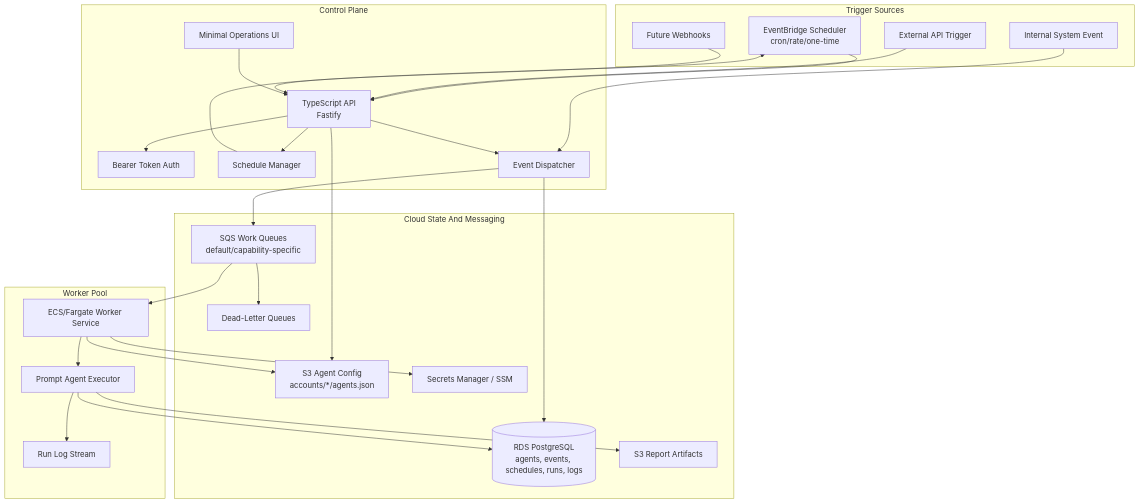
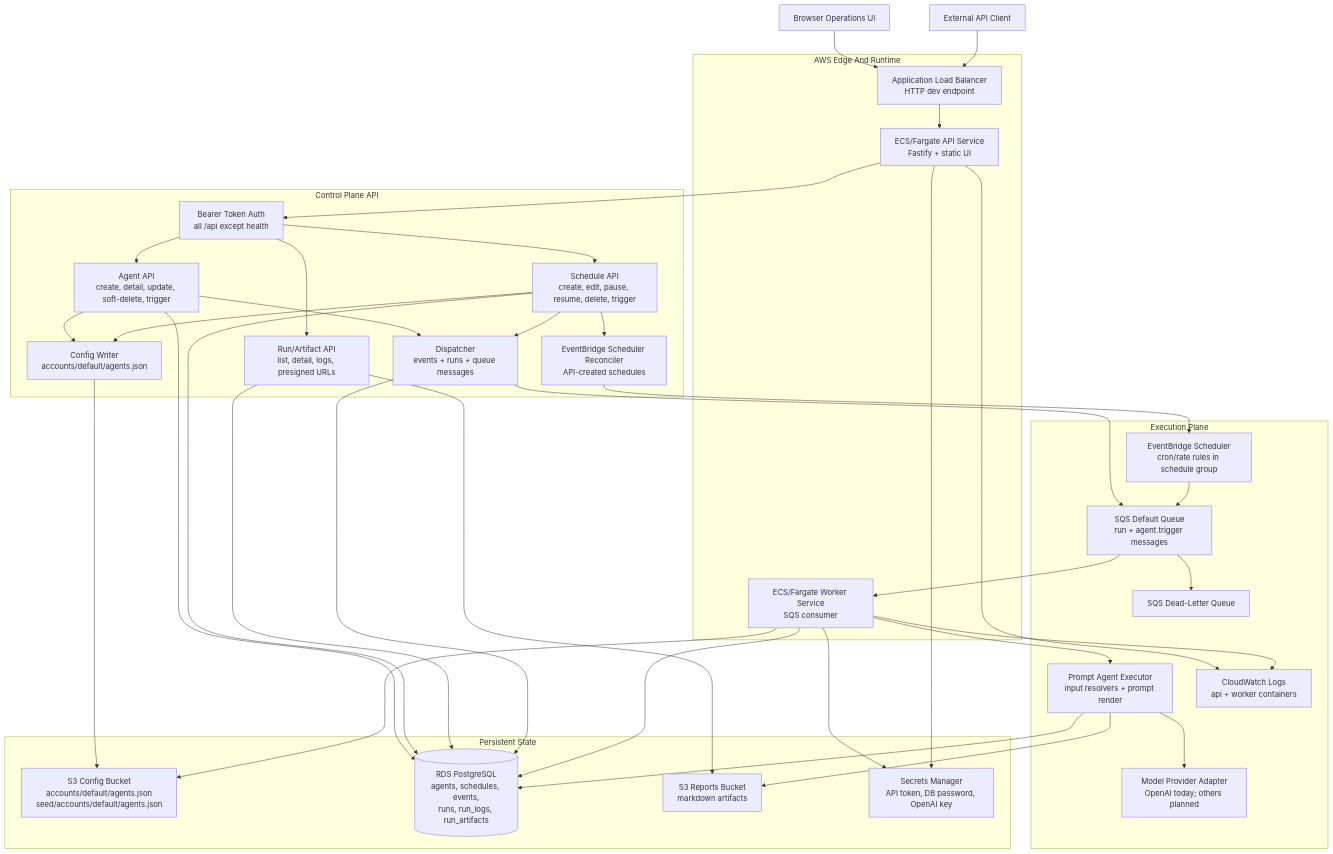
Before and after one commit to NTitterton/event-agent: the first of 2 diagrams in project_design.md, drawn with Mermaid.

Commit message:
Clarify system design diagram

````diff
--- a/project_design.md
+++ b/project_design.md
@@ -7,53 +7,74 @@
 ```mermaid
 graph TD
-    subgraph "Trigger Sources"
-        Cron["EventBridge Scheduler<br/>cron/rate/one-time"]
-        APIClient["External API Trigger"]
-        Internal["Internal System Event"]
-        Webhook["Future Webhooks"]
+    Browser["Browser Operations UI"]
+    ExternalClient["External API Client"]
+
+    subgraph "AWS Edge And Runtime"
+        ALB["Application Load Balancer<br/>HTTP dev endpoint"]
+        ApiSvc["ECS/Fargate API Service<br/>Fastify + static UI"]
+        WorkerSvc["ECS/Fargate Worker Service<br/>SQS consumer"]
     end
 
-    subgraph "Control Plane"
-        API["TypeScript API<br/>Fastify"]
-        Auth["Bearer Token Auth"]
-        Scheduler["Schedule Manager"]
-        Dispatcher["Event Dispatcher"]
-        UI["Minimal Operations UI"]
+    subgraph "Control Plane API"
+        Auth["Bearer Token Auth<br/>all /api except health"]
+        AgentApi["Agent API<br/>create, detail, update, soft-delete, trigger"]
+        ScheduleApi["Schedule API<br/>create, edit, pause, resume, delete, trigger"]
+        RunApi["Run/Artifact API<br/>list, detail, logs, presigned URLs"]
+        ConfigWriter["Config Writer<br/>accounts/default/agents.json"]
+        SchedulerReconciler["EventBridge Scheduler Reconciler<br/>API-created schedules"]
+        Dispatcher["Dispatcher<br/>events + runs + queue messages"]
     end
 
-    subgraph "Cloud State And Messaging"
-        DB[("RDS PostgreSQL<br/>agents, events, schedules, runs, logs")]
-        SQS["SQS Work Queues<br/>default/capability-specific"]
-        DLQ["Dead-Letter Queues"]
-        S3["S3 Report Artifacts"]
-        ConfigS3["S3 Agent Config<br/>accounts/*/agents.json"]
-        Secrets["Secrets Manager / SSM"]
+    subgraph "Persistent State"
+        ConfigS3["S3 Config Bucket<br/>accounts/default/agents.json<br/>seed/accounts/default/agents.json"]
+        DB[("RDS PostgreSQL<br/>agents, schedules, events,<br/>runs, run_logs, run_artifacts")]
+        ReportS3["S3 Reports Bucket<br/>markdown artifacts"]
+        Secrets["Secrets Manager<br/>API token, DB password, OpenAI key"]
     end
 
-    subgraph "Worker Pool"
-        Fargate["ECS/Fargate Worker Service"]
-    Executor["Prompt Agent Executor"]
-        Logs["Run Log Stream"]
+    subgraph "Execution Plane"
+        EventBridge["EventBridge Scheduler<br/>cron/rate rules in schedule group"]
+        SQS["SQS Default Queue<br/>run + agent.trigger messages"]
+        DLQ["SQS Dead-Letter Queue"]
+        Executor["Prompt Agent Executor<br/>input resolvers + prompt render"]
+        Provider["Model Provider Adapter<br/>OpenAI today; others planned"]
+        CloudWatch["CloudWatch Logs<br/>api + worker containers"]
     end
 
-    Cron --> API
-    APIClient --> API
-    Internal --> Dispatcher
-    Webhook --> API
-    UI --> API
-    API --> Auth
-    API --> Scheduler
-    API --> Dispatcher
-    Scheduler --> Cron
+    Browser --> ALB
+    ExternalClient --> ALB
+    ALB --> ApiSvc
+    ApiSvc --> Auth
+    Auth --> AgentApi
+    Auth --> ScheduleApi
+    Auth --> RunApi
+
+    AgentApi --> DB
+    AgentApi --> ConfigWriter
+    AgentApi --> Dispatcher
+    ScheduleApi --> DB
+    ScheduleApi --> ConfigWriter
+    ScheduleApi --> SchedulerReconciler
+    ScheduleApi --> Dispatcher
+    RunApi --> DB
+    RunApi --> ReportS3
+
+    ConfigWriter --> ConfigS3
+    SchedulerReconciler --> EventBridge
     Dispatcher --> DB
     Dispatcher --> SQS
-    SQS --> Fargate
+
+    EventBridge --> SQS
+    SQS --> WorkerSvc
     SQS --> DLQ
-    Fargate --> Executor
-    Fargate --> ConfigS3
-    API --> ConfigS3
-    Executor --> Logs
+    WorkerSvc --> Executor
+    WorkerSvc --> DB
+    WorkerSvc --> ConfigS3
+    WorkerSvc --> Secrets
+    ApiSvc --> Secrets
+    Executor --> Provider
+    Executor --> ReportS3
     Executor --> DB
-    Executor --> S3
-    Fargate --> Secrets
+    ApiSvc --> CloudWatch
+    WorkerSvc --> CloudWatch
 ```
````
